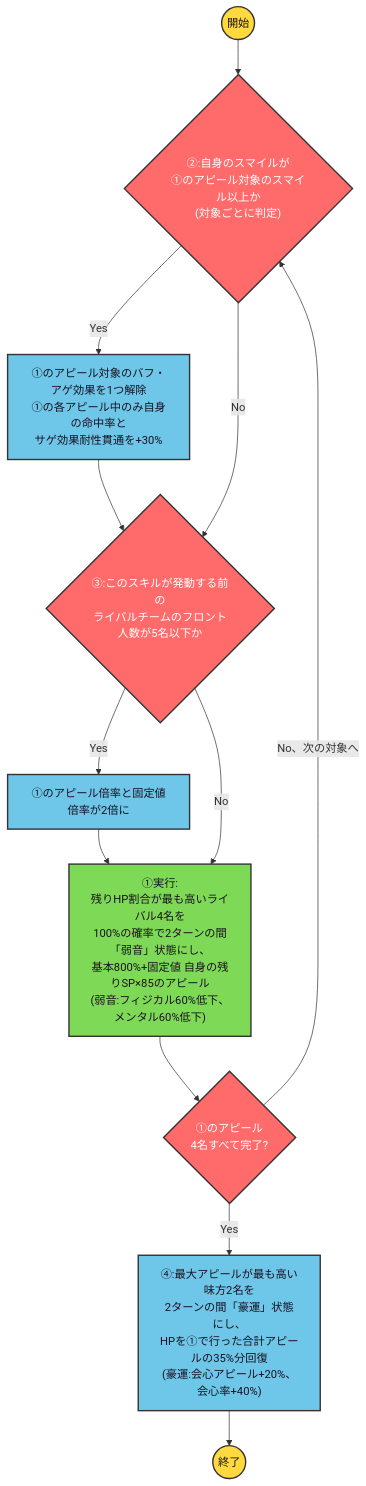
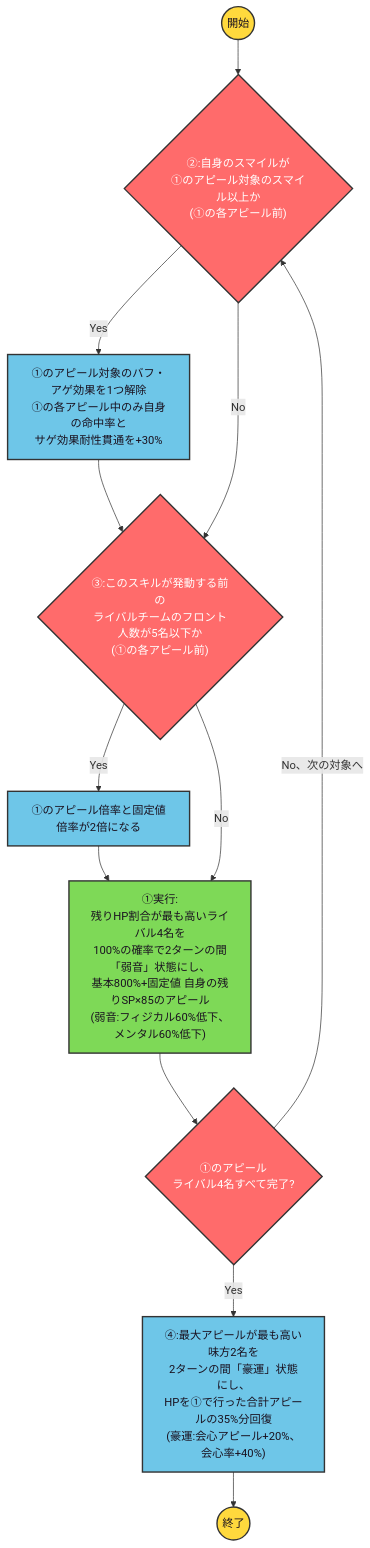
One commit to ryomochi0918/nogifra-characters changed the diagram in data/ozu_reina/timelimitkataomoi_skill2.mmd. Above: the diagram before and after it, drawn with Mermaid. The commit also changed 286 other files, not shown here.

```diff
--- a/data/ozu_reina/timelimitkataomoi_skill2.mmd
+++ b/data/ozu_reina/timelimitkataomoi_skill2.mmd
@@ -1,15 +1,15 @@
 flowchart TD
     classDef startend fill:#FFD93D,stroke:#333,stroke-width:2px,color:#1a1220;
     classDef cond fill:#FF6B6B,stroke:#333,stroke-width:2px,color:#ffffff;
     classDef effect fill:#6EC6E8,stroke:#333,stroke-width:2px,color:#1a1220;
     classDef action fill:#7ED957,stroke:#333,stroke-width:2px,color:#1a1220;
 
-    start(("開始")):::startend --> c2{"②:自身のスマイルが<br/>①のアピール対象のスマイル以上か<br/>(対象ごとに判定)"}:::cond
+    start(("開始")):::startend --> c2{"②:自身のスマイルが<br/>①のアピール対象のスマイル以上か<br/>(①の各アピール前)"}:::cond
     c2 -->|"Yes"| e2["①のアピール対象のバフ・アゲ効果を1つ解除<br/>①の各アピール中のみ自身の命中率と<br/>サゲ効果耐性貫通を+30%"]:::effect --> c3
-    c2 -->|"No"| c3{"③:このスキルが発動する前の<br/>ライバルチームのフロント人数が5名以下か"}:::cond
-    c3 -->|"Yes"| e3["①のアピール倍率と固定値倍率が2倍に"]:::effect --> a1
+    c2 -->|"No"| c3{"③:このスキルが発動する前の<br/>ライバルチームのフロント人数が5名以下か<br/>(①の各アピール前)"}:::cond
+    c3 -->|"Yes"| e3["①のアピール倍率と固定値倍率が2倍になる"]:::effect --> a1
     c3 -->|"No"| a1["①実行:<br/>残りHP割合が最も高いライバル4名を<br/>100%の確率で2ターンの間「弱音」状態にし、<br/>基本800%+固定値 自身の残りSP×85のアピール<br/>(弱音:フィジカル60%低下、メンタル60%低下)"]:::action
-    a1 --> lc{"①のアピール<br/>4名すべて完了?"}:::cond
-    lc -->|"No、次の対象へ"| c2
-    lc -->|"Yes"| e4["④:最大アピールが最も高い味方2名を<br/>2ターンの間「豪運」状態にし、<br/>HPを①で行った合計アピールの35%分回復<br/>(豪運:会心アピール+20%、会心率+40%)"]:::effect
+    a1 --> lc1{"①のアピール<br/>ライバル4名すべて完了?"}:::cond
+    lc1 -->|"No、次の対象へ"| c2
+    lc1 -->|"Yes"| e4["④:最大アピールが最も高い味方2名を<br/>2ターンの間「豪運」状態にし、<br/>HPを①で行った合計アピールの35%分回復<br/>(豪運:会心アピール+20%、会心率+40%)"]:::effect
     e4 --> finish(("終了")):::startend
```
